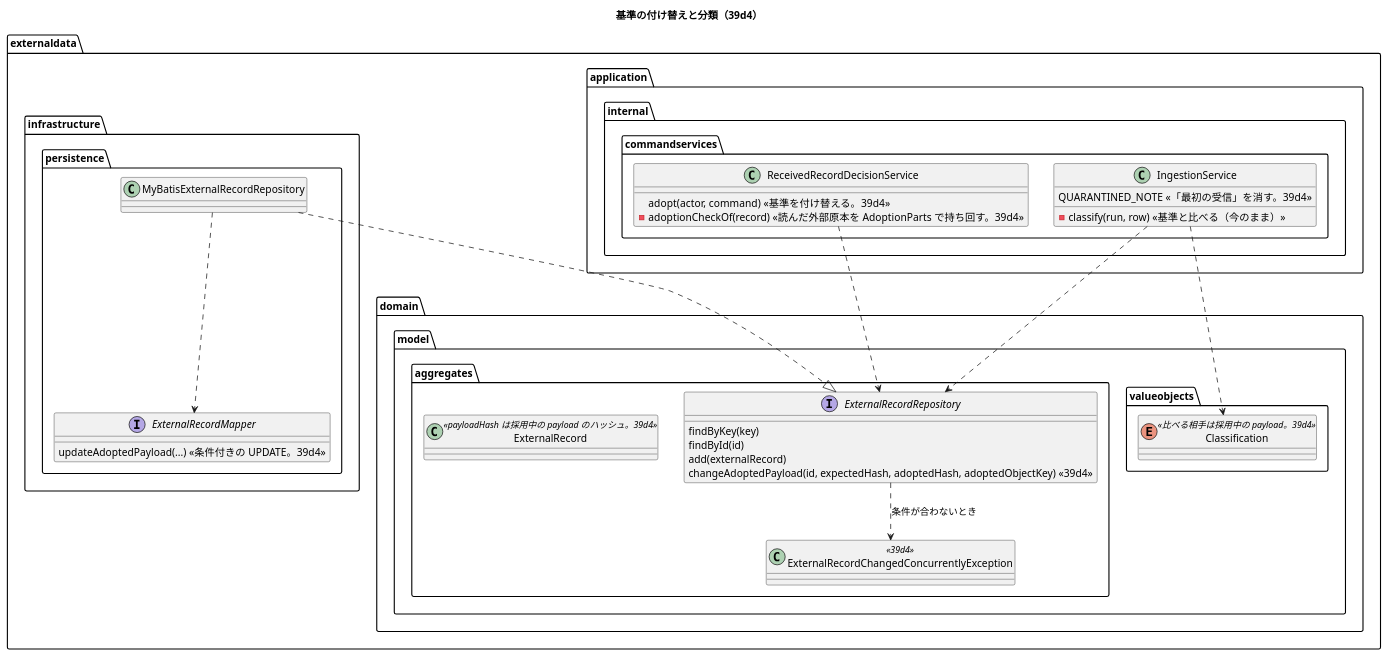
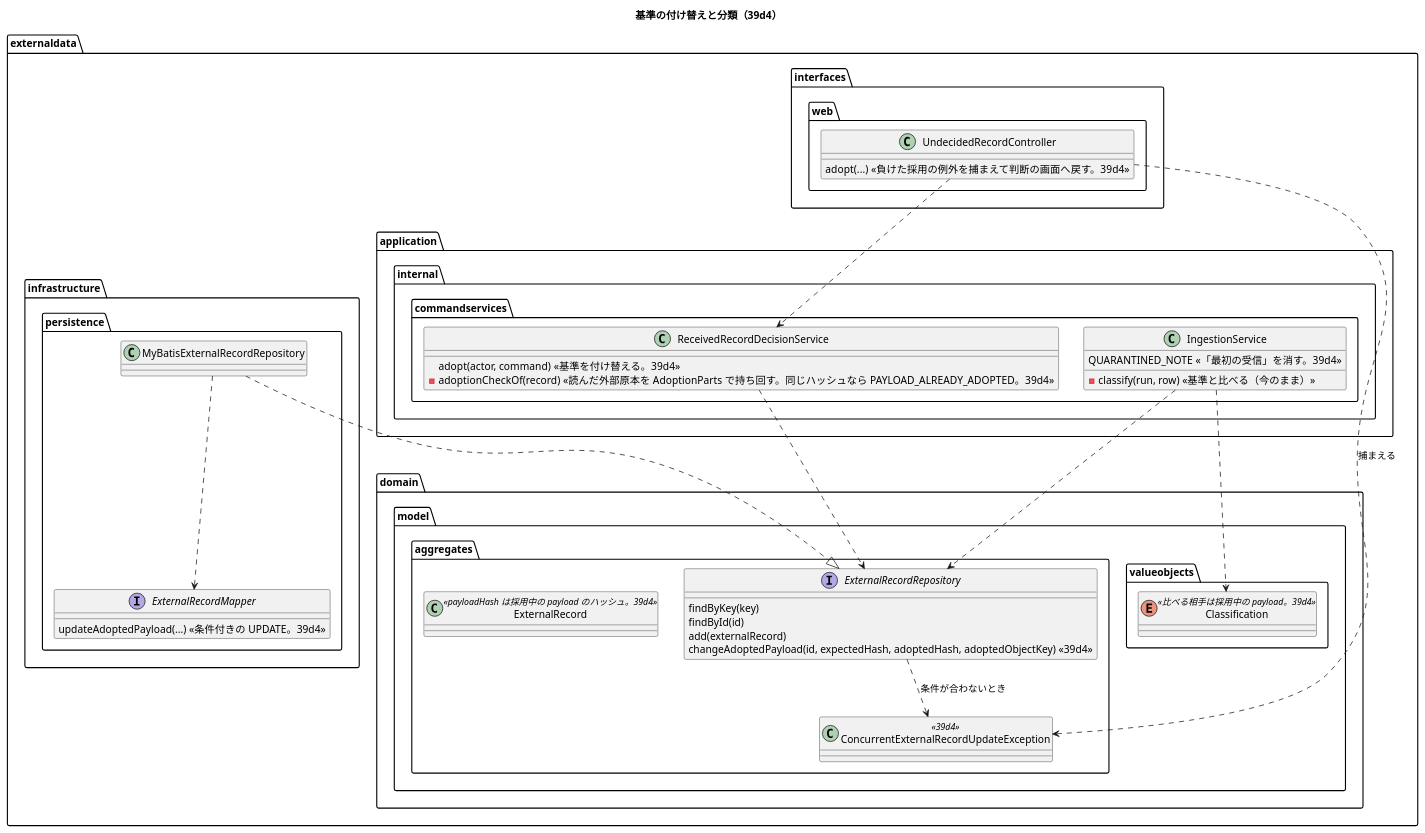
Before and after one commit to k2works/practical-domain-driven-design-in-enterpris-application: the third of 4 diagrams in docs/development/cargo-tracker/bolt_39d4_plan.md, drawn with PlantUML. The commit also changed other lines of this file and 2 other files, not shown here.

````diff
--- a/docs/development/cargo-tracker/bolt_39d4_plan.md
+++ b/docs/development/cargo-tracker/bolt_39d4_plan.md
@@ -318,40 +345,47 @@
 ```plantuml
 @startuml
 title 基準の付け替えと分類（39d4）
 package "externaldata.application.internal.commandservices" {
   class ReceivedRecordDecisionService {
     adopt(actor, command) <<基準を付け替える。39d4>>
-    - adoptionCheckOf(record) <<読んだ外部原本を AdoptionParts で持ち回す。39d4>>
+    - adoptionCheckOf(record) <<読んだ外部原本を AdoptionParts で持ち回す。同じハッシュなら PAYLOAD_ALREADY_ADOPTED。39d4>>
   }
   class IngestionService {
     - classify(run, row) <<基準と比べる（今のまま）>>
     QUARANTINED_NOTE <<「最初の受信」を消す。39d4>>
   }
 }
 package "externaldata.domain.model.aggregates" {
   interface ExternalRecordRepository {
     findByKey(key)
     findById(id)
     add(externalRecord)
     changeAdoptedPayload(id, expectedHash, adoptedHash, adoptedObjectKey) <<39d4>>
   }
   class ExternalRecord <<payloadHash は採用中の payload のハッシュ。39d4>>
-  class ExternalRecordChangedConcurrentlyException <<39d4>>
+  class ConcurrentExternalRecordUpdateException <<39d4>>
+}
+package "externaldata.interfaces.web" {
+  class UndecidedRecordController {
+    adopt(...) <<負けた採用の例外を捕まえて判断の画面へ戻す。39d4>>
+  }
 }
 package "externaldata.domain.model.valueobjects" {
   enum Classification <<比べる相手は採用中の payload。39d4>>
 }
 package "externaldata.infrastructure.persistence" {
   class MyBatisExternalRecordRepository
   interface ExternalRecordMapper {
     updateAdoptedPayload(...) <<条件付きの UPDATE。39d4>>
   }
 }
 ReceivedRecordDecisionService ..> ExternalRecordRepository
 IngestionService ..> ExternalRecordRepository
 IngestionService ..> Classification
 MyBatisExternalRecordRepository ..|> ExternalRecordRepository
 MyBatisExternalRecordRepository ..> ExternalRecordMapper
-ExternalRecordRepository ..> ExternalRecordChangedConcurrentlyException : 条件が合わないとき
+ExternalRecordRepository ..> ConcurrentExternalRecordUpdateException : 条件が合わないとき
+UndecidedRecordController ..> ReceivedRecordDecisionService
+UndecidedRecordController ..> ConcurrentExternalRecordUpdateException : 捕まえる
 @enduml
 ```
````
